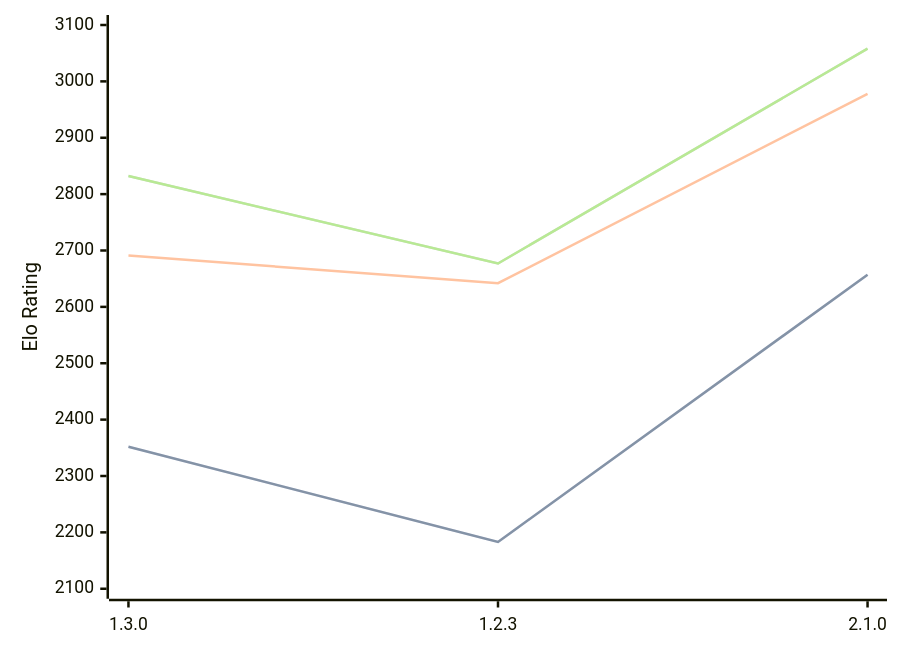
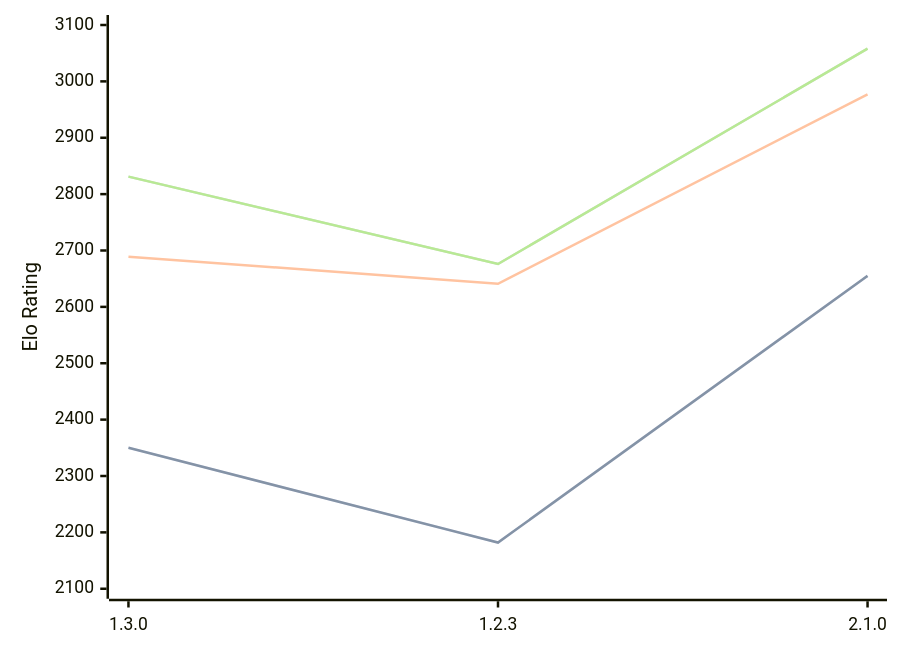
The diagram in engines/Aspen.md (computer-chess-index/cci), drawn with Mermaid before and after one commit. The commit also changed other lines of this file, not shown here.

Commit message:
Update CCI Ratings (ELO VLTC) - 2026-06-12

````diff
--- a/engines/Aspen.md
+++ b/engines/Aspen.md
@@ -43,11 +43,11 @@
 ```mermaid
 %%{init: {"theme":"base","themeVariables":{"seriesColors:['#a3a3a3','#222221','#faa371']}}}%%
 xychart-beta
   x-axis ["1.3.0", "1.2.3", "2.1.0"]
   y-axis "Elo Rating" 2100 --> 3100
-  line "STC (8.0+0.08s)" [2352, 2183, 2657]
-  line "STC (8.0+0.08s)" [2352, 2183, 2657]
-  line "LTC (60.0+0.60s)" [2691, 2642, 2978]
-  line "VLTC (2m24s+1.12s)" [2832, 2677, 3058]
-  line "VLTC (2m24s+1.12s)" [2832, 2677, 3058]
+  line "STC (8.0+0.08s)" [2350, 2182, 2655]
+  line "STC (8.0+0.08s)" [2350, 2182, 2655]
+  line "LTC (60.0+0.60s)" [2689, 2641, 2977]
+  line "VLTC (2m24s+1.12s)" [2831, 2676, 3058]
+  line "VLTC (2m24s+1.12s)" [2831, 2676, 3058]
 ```
````
